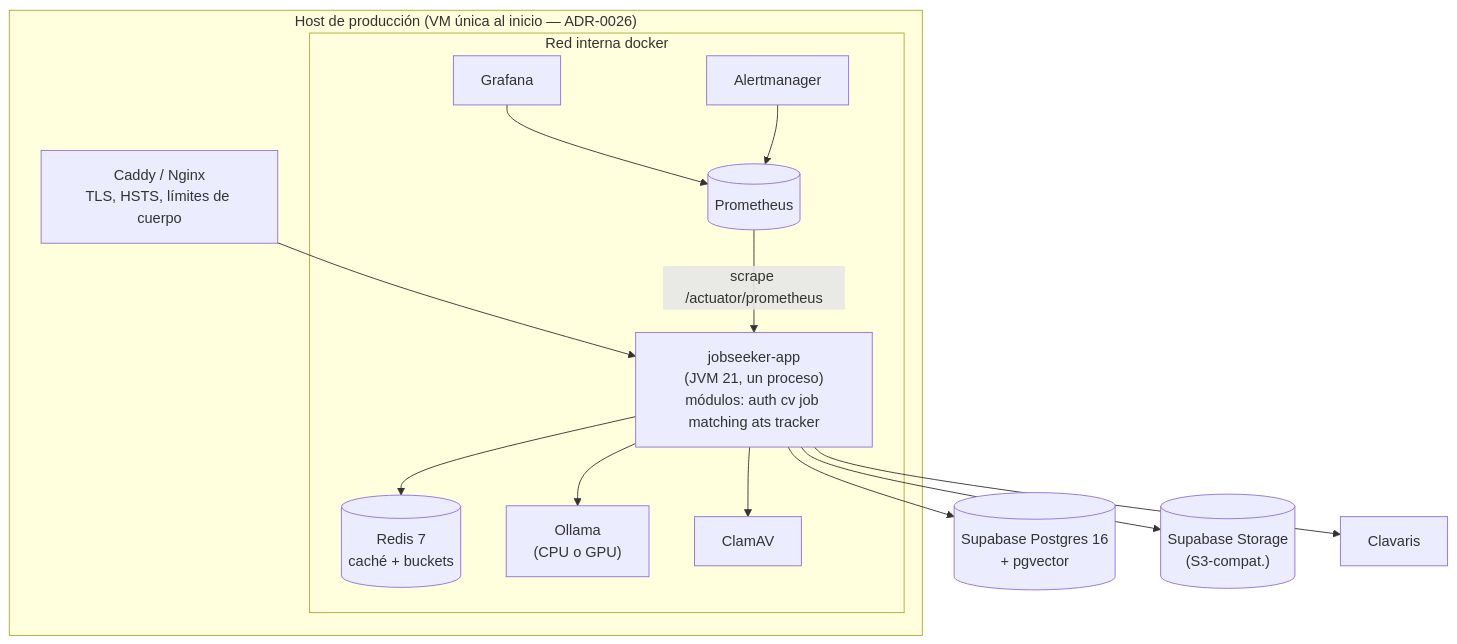
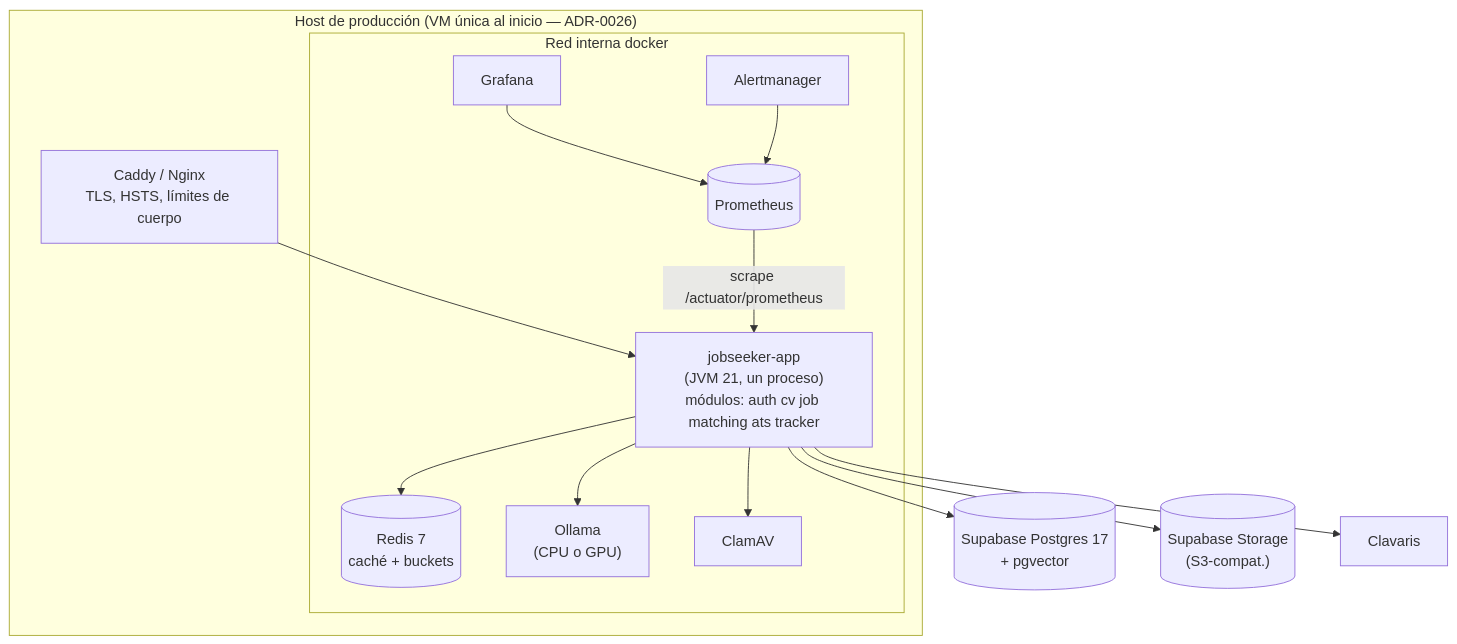
One commit to RedeArmy/JobSeeker changed the second of 3 diagrams in docs/03-architecture/architecture-review-2026-11/02-hld-system-design.md. Above: the diagram before and after it, drawn with Mermaid. The commit also changed 9 other files, not shown here.

````diff
--- a/docs/03-architecture/architecture-review-2026-11/02-hld-system-design.md
+++ b/docs/03-architecture/architecture-review-2026-11/02-hld-system-design.md
@@ -46,29 +46,29 @@
 ```mermaid
 flowchart TB
     subgraph Host["Host de producción (VM única al inicio — ADR-0026)"]
         Proxy["Caddy / Nginx\nTLS, HSTS, límites de cuerpo"]
         subgraph Net["Red interna docker"]
             App["jobseeker-app\n(JVM 21, un proceso)\nmódulos: auth cv job matching ats tracker"]
             Redis[("Redis 7\ncaché + buckets")]
             Oll["Ollama\n(CPU o GPU)"]
             Clam["ClamAV"]
             Prom[("Prometheus")]
             Graf["Grafana"]
             Alert["Alertmanager"]
         end
     end
-    PG[("Supabase Postgres 16\n+ pgvector")]
+    PG[("Supabase Postgres 17\n+ pgvector")]
     St[("Supabase Storage\n(S3-compat.)")]
     Clav["Clavaris"]
 
     Proxy --> App
     App --> Redis
     App --> Oll
     App --> Clam
     App --> PG
     App --> St
     App --> Clav
     Prom -->|scrape /actuator/prometheus| App
     Graf --> Prom
     Alert --> Prom
 ```
````
